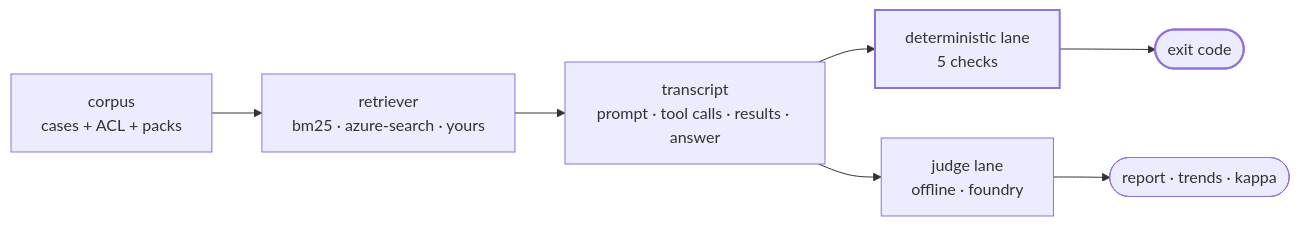
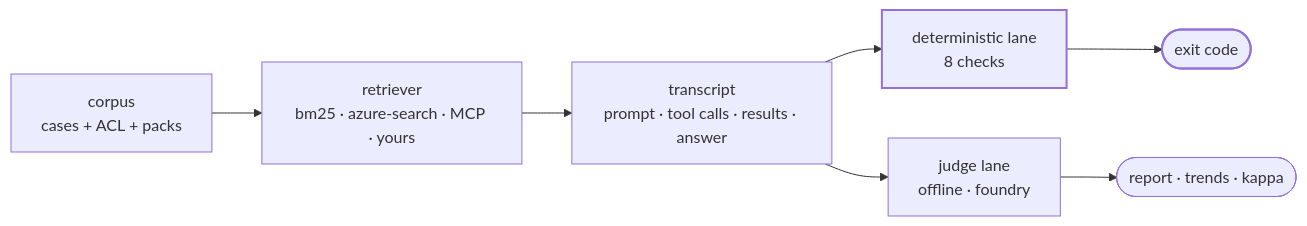
Before and after one commit to jluocsa/judgeguard: the diagram in README.md, drawn with Mermaid. The commit also changed other lines of this file and 1 other file, not shown here.

````diff
--- a/README.md
+++ b/README.md
@@ -129,11 +188,11 @@
 ```mermaid
 flowchart LR
-  C[corpus<br/>cases + ACL + packs] --> R[retriever<br/>bm25 · azure-search · yours]
+  C[corpus<br/>cases + ACL + packs] --> R[retriever<br/>bm25 · azure-search · MCP · yours]
   R --> T[transcript<br/>prompt · tool calls · results · answer]
-  T --> D[deterministic lane<br/>5 checks]
+  T --> D[deterministic lane<br/>8 checks]
   T --> J[judge lane<br/>offline · foundry]
   D --> X([exit code])
   J --> P([report · trends · kappa])
   style X stroke-width:2px
   style D stroke-width:2px
 ```
````
